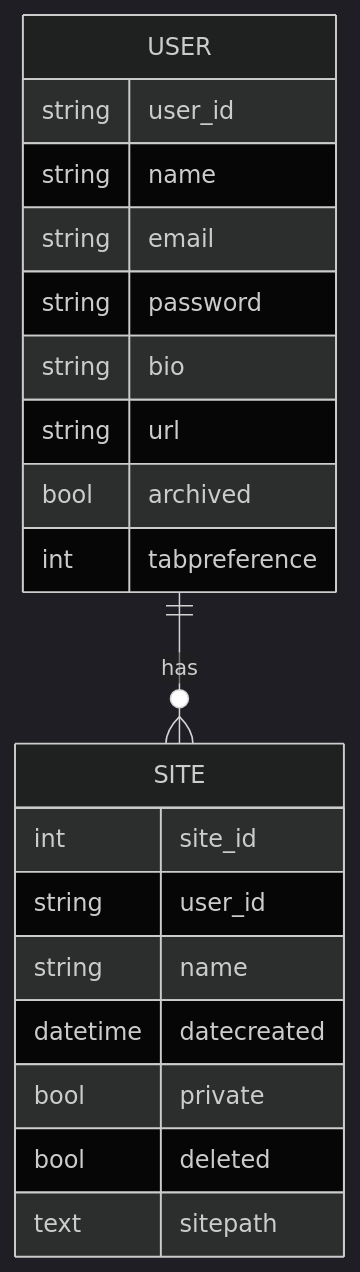
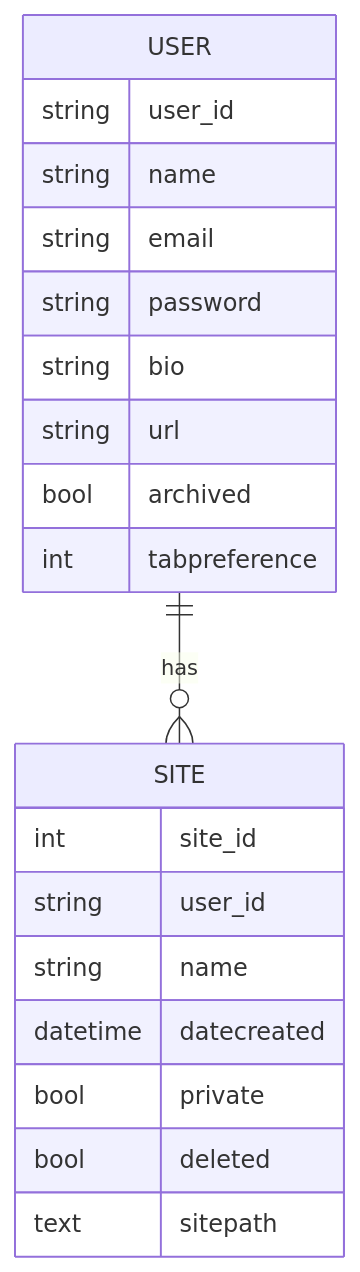
One commit to tomgxz/Kraken changed the second of 20 diagrams in README.md. Above: the diagram before and after it, drawn with Mermaid. The commit also changed other lines of this file, not shown here.

Commit message:
Light theme diagrams

````diff
--- a/README.md
+++ b/README.md
@@ -552,26 +556,27 @@
   ```mermaid
   %%{init: {'theme':'dark', 'themeVariables':{'fontFamily':'Lexend,Noto Sans,Helvetica,Arial'}}}%%
+  %%{init: {'theme':'light', 'themeVariables':{'fontFamily':'Lexend,Noto Sans,Helvetica,Arial'}}}%%
 
   erDiagram
       USER ||--o{ SITE : has
       USER {
           string user_id
           string name
           string email
           string password
           string bio
           string url
           bool archived
           int tabpreference
       }
 
       SITE {
           int site_id
           string user_id
           string name
           datetime datecreated
           bool private
           bool deleted
           text sitepath
       }
   ```
````
